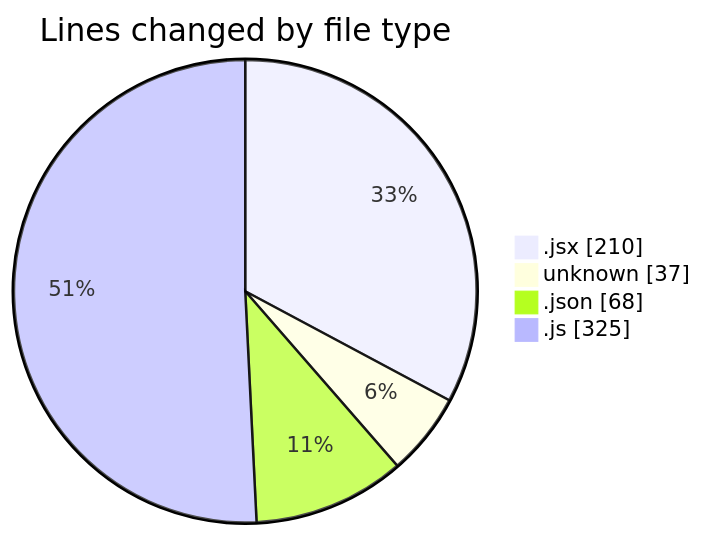
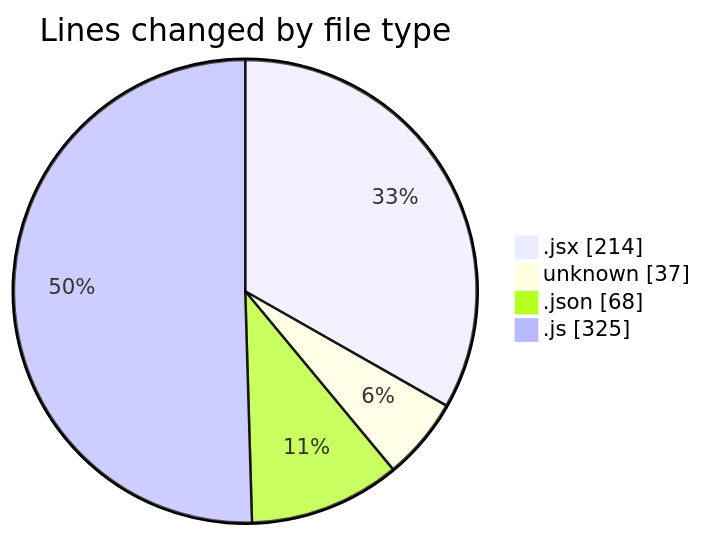
Before and after one commit to Elitesun/code-tracking: the first of 2 diagrams in 2025-02-08/react_ecom/README.md, drawn with Mermaid. The commit also changed other lines of this file and 1 other file, not shown here.

````diff
--- a/2025-02-08/react_ecom/README.md
+++ b/2025-02-08/react_ecom/README.md
@@ -24,8 +24,8 @@
 ```mermaid
 pie showData
 title Lines changed by file type
-".jsx" : 210
+".jsx" : 214
 "unknown" : 37
 ".json" : 68
 ".js" : 325
 ```
````
